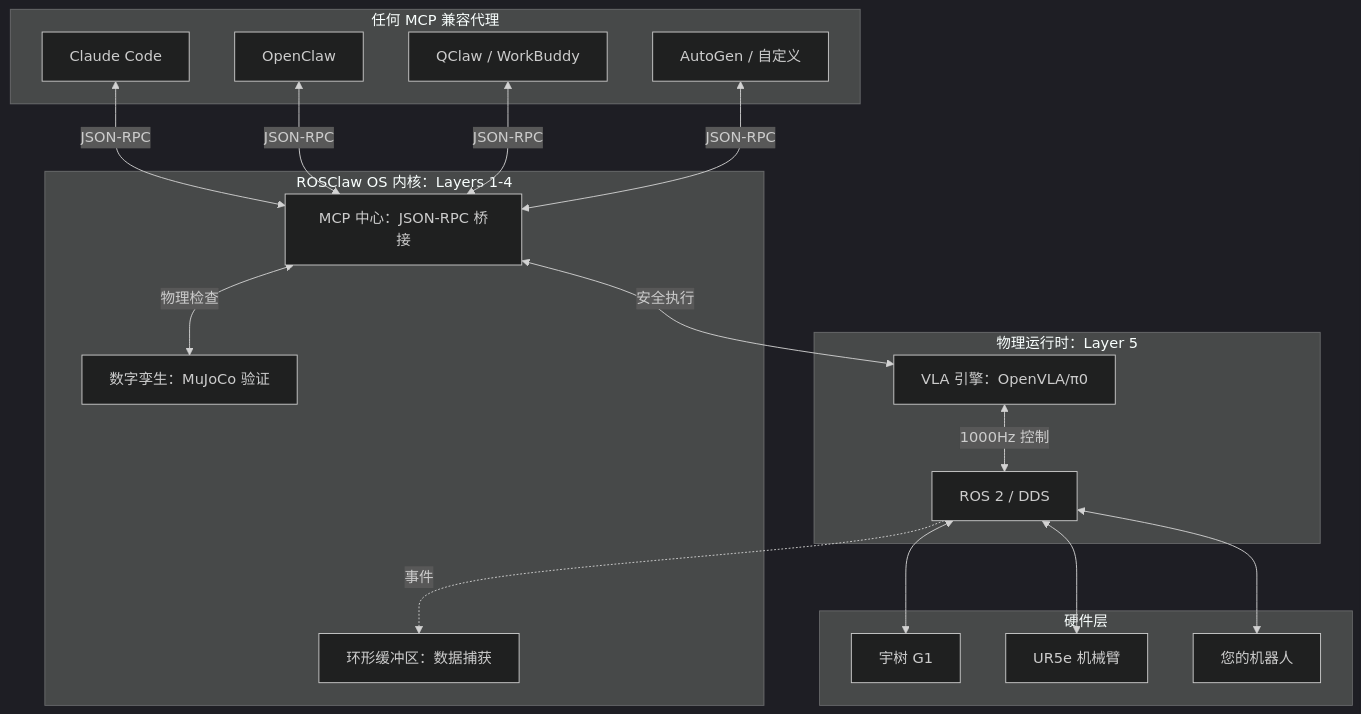
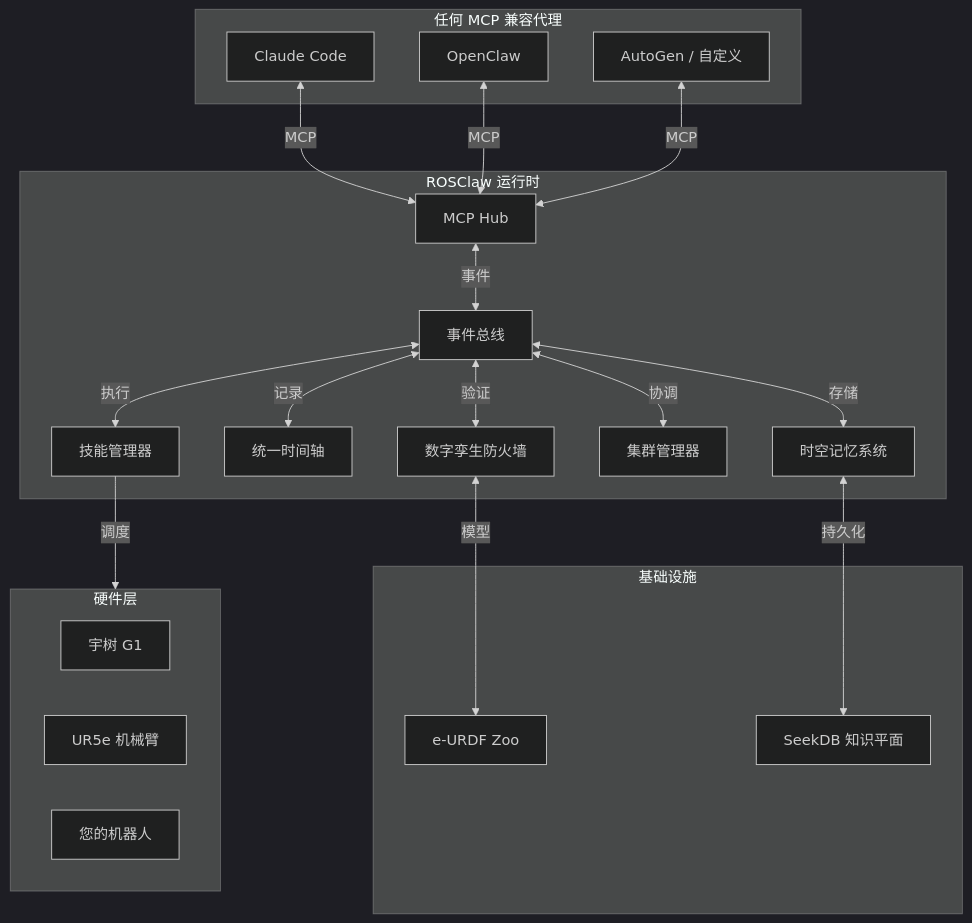
The diagram in README.zh.md (ros-claw/rosclaw), drawn with Mermaid (dark theme) before and after one commit. The commit also changed other lines of this file and 6 other files, not shown here.

First line of the commit message:
feat(v1.0): Physical Intelligence grounding architecture

````diff
--- a/README.zh.md
+++ b/README.zh.md
@@ -75,33 +71,40 @@
 ```mermaid
 graph TD
     subgraph Agents[任何 MCP 兼容代理]
         CC[Claude Code]
         OC[OpenClaw]
-        QB[QClaw / WorkBuddy]
         AC[AutoGen / 自定义]
     end
 
-    subgraph OS[ROSClaw OS 内核：Layers 1-4]
-        MCP[MCP 中心：JSON-RPC 桥接]
-        DT[数字孪生：MuJoCo 验证]
-        RB[环形缓冲区：数据捕获]
+    subgraph Runtime[ROSClaw 运行时]
+        MCP[MCP Hub]
+        EB[事件总线]
+        FW[数字孪生防火墙]
+        TM[统一时间轴]
+        MEM[时空记忆系统]
+        SW[集群管理器]
+        SK[技能管理器]
     end
 
-    subgraph Runtime[物理运行时：Layer 5]
-        VLA[VLA 引擎：OpenVLA/π0]
-        ROS2[ROS 2 / DDS]
+    subgraph Infra[基础设施]
+        EURDF[e-URDF Zoo]
+        SKDB[SeekDB 知识平面]
     end
 
-    subgraph Hardware[硬件层]
+    subgraph HW[硬件层]
         G1[宇树 G1]
         UR5[UR5e 机械臂]
         Other[您的机器人]
     end
 
-    CC & OC & QB & AC <-->|JSON-RPC| MCP
-    MCP <-->|物理检查| DT
-    MCP <-->|安全执行| VLA
-    VLA <-->|1000Hz 控制| ROS2
-    ROS2 <--> G1 & UR5 & Other
-    ROS2 -.->|事件| RB
+    CC & OC & AC <-->|MCP| MCP
+    MCP <-->|事件| EB
+    EB <-->|验证| FW
+    EB <-->|记录| TM
+    EB <-->|存储| MEM
+    EB <-->|协调| SW
+    EB <-->|执行| SK
+    FW <-->|模型| EURDF
+    MEM <-->|持久化| SKDB
+    SK -->|调度| HW
 ```
````
